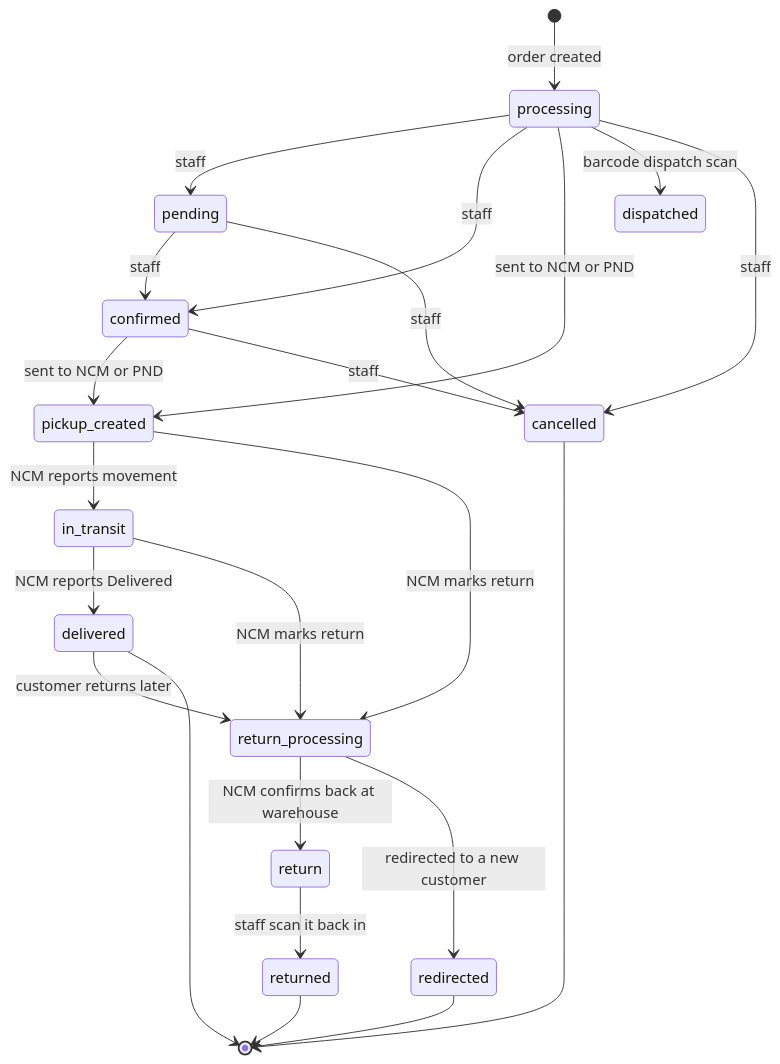
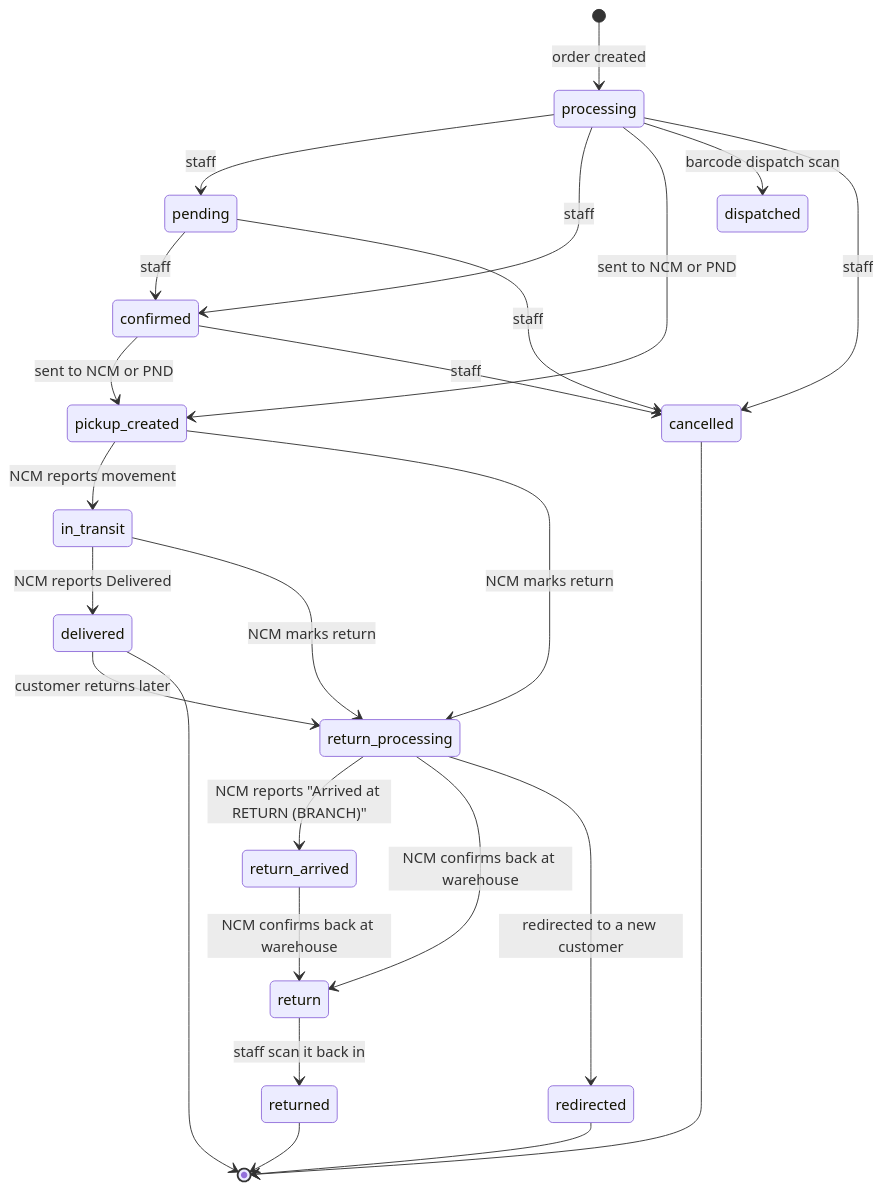
Before and after one commit to milanmagrati/E-commerce-Project: the second of 5 diagrams in myproject/docs/07-order-statuses.md, drawn with Mermaid. The commit also changed other lines of this file and 7 other files, not shown here.

First line of the commit message:
Document the return-arrived status and the "arrived" trap it creates

````diff
--- a/myproject/docs/07-order-statuses.md
+++ b/myproject/docs/07-order-statuses.md
@@ -99,30 +102,32 @@
 ```mermaid
 stateDiagram-v2
     [*] --> processing: order created
 
     processing --> pending: staff
     processing --> confirmed: staff
     pending --> confirmed: staff
     confirmed --> pickup_created: sent to NCM or PND
     processing --> pickup_created: sent to NCM or PND
     processing --> dispatched: barcode dispatch scan
 
     pickup_created --> in_transit: NCM reports movement
     in_transit --> delivered: NCM reports Delivered
     in_transit --> return_processing: NCM marks return
     pickup_created --> return_processing: NCM marks return
     delivered --> return_processing: customer returns later
 
+    return_processing --> return_arrived: NCM reports "Arrived at RETURN (BRANCH)"
+    return_arrived --> return: NCM confirms back at warehouse
     return_processing --> return: NCM confirms back at warehouse
     return --> returned: staff scan it back in
     return_processing --> redirected: redirected to a new customer
 
     processing --> cancelled: staff
     pending --> cancelled: staff
     confirmed --> cancelled: staff
 
     delivered --> [*]
     returned --> [*]
     cancelled --> [*]
     redirected --> [*]
 ```
````
